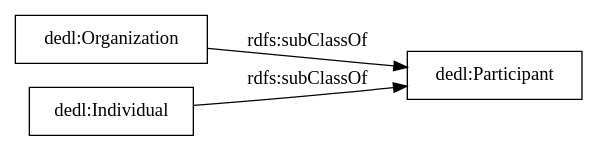
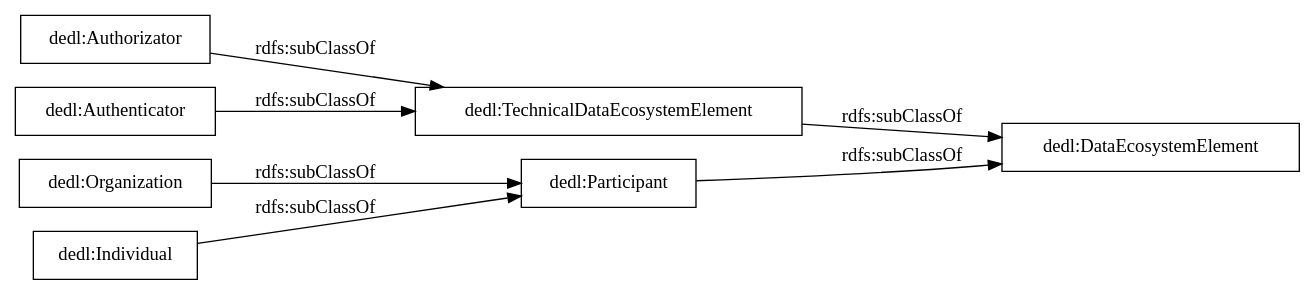
The diagram in OnToology/dedl.ttl/diagrams/ar2dtool-taxonomy/dedl.ttl.png.dot (jiahang-chen/dedl), drawn with Graphviz before and after one commit. The commit also changed 12 other files, not shown here.

```diff
--- a/OnToology/dedl.ttl/diagrams/ar2dtool-taxonomy/dedl.ttl.png.dot
+++ b/OnToology/dedl.ttl/diagrams/ar2dtool-taxonomy/dedl.ttl.png.dot
@@ -1,8 +1,12 @@
 digraph ar2dtool_diagram { 
 rankdir=LR;
 size="1000"
-node [shape = rectangle, color="black"]; "dedl:Participant" "dedl:Organization" "dedl:Individual" ; /*classes style*/
+node [shape = rectangle, color="black"]; "dedl:Participant" "dedl:Authorizator" "dedl:Authenticator" "dedl:TechnicalDataEcosystemElement" "dedl:Organization" "dedl:DataEcosystemElement" "dedl:Individual" ; /*classes style*/
+	"dedl:Authorizator" -> "dedl:TechnicalDataEcosystemElement" [ label = "rdfs:subClassOf" ];
+	"dedl:Participant" -> "dedl:DataEcosystemElement" [ label = "rdfs:subClassOf" ];
+	"dedl:TechnicalDataEcosystemElement" -> "dedl:DataEcosystemElement" [ label = "rdfs:subClassOf" ];
+	"dedl:Authenticator" -> "dedl:TechnicalDataEcosystemElement" [ label = "rdfs:subClassOf" ];
+	"dedl:Organization" -> "dedl:Participant" [ label = "rdfs:subClassOf" ];
 	"dedl:Individual" -> "dedl:Participant" [ label = "rdfs:subClassOf" ];
-	"dedl:Organization" -> "dedl:Participant" [ label = "rdfs:subClassOf" ];
 
 }
```
